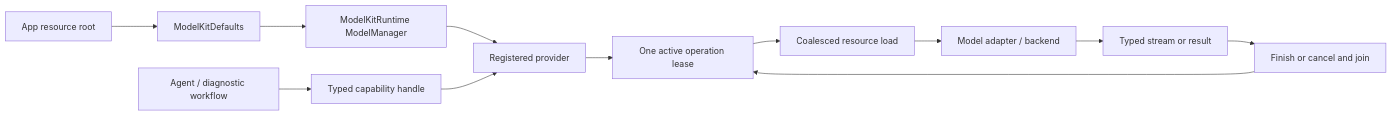
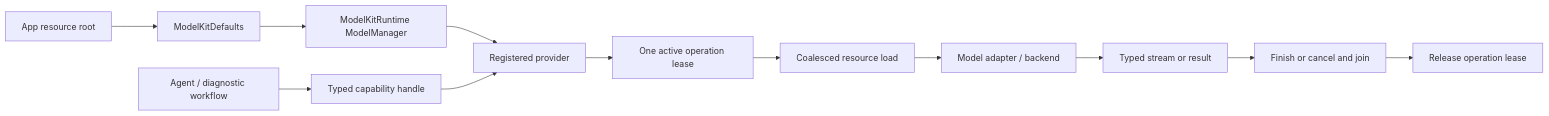
Diagram 13 of 13 in MobileHarness/README.md (devilyouwei/MobileHarness), drawn with Mermaid before and after one commit. The commit also changed other lines of this file, not shown here.

Commit message:
docs: correct architecture flow semantics

````diff
--- a/MobileHarness/README.md
+++ b/MobileHarness/README.md
@@ -573,14 +584,14 @@
 ```mermaid
 flowchart LR
     Root[App resource root] --> Defaults[ModelKitDefaults]
     Defaults --> Manager[ModelKitRuntime ModelManager]
     Manager --> Provider[Registered provider]
     Consumer[Agent / diagnostic workflow] --> Capability[Typed capability handle]
     Capability --> Provider
     Provider --> Lease[One active operation lease]
     Lease --> Load[Coalesced resource load]
     Load --> Adapter[Model adapter / backend]
     Adapter --> Result[Typed stream or result]
     Result --> Cleanup[Finish or cancel and join]
-    Cleanup --> Lease
+    Cleanup --> Release[Release operation lease]
 ```
````
